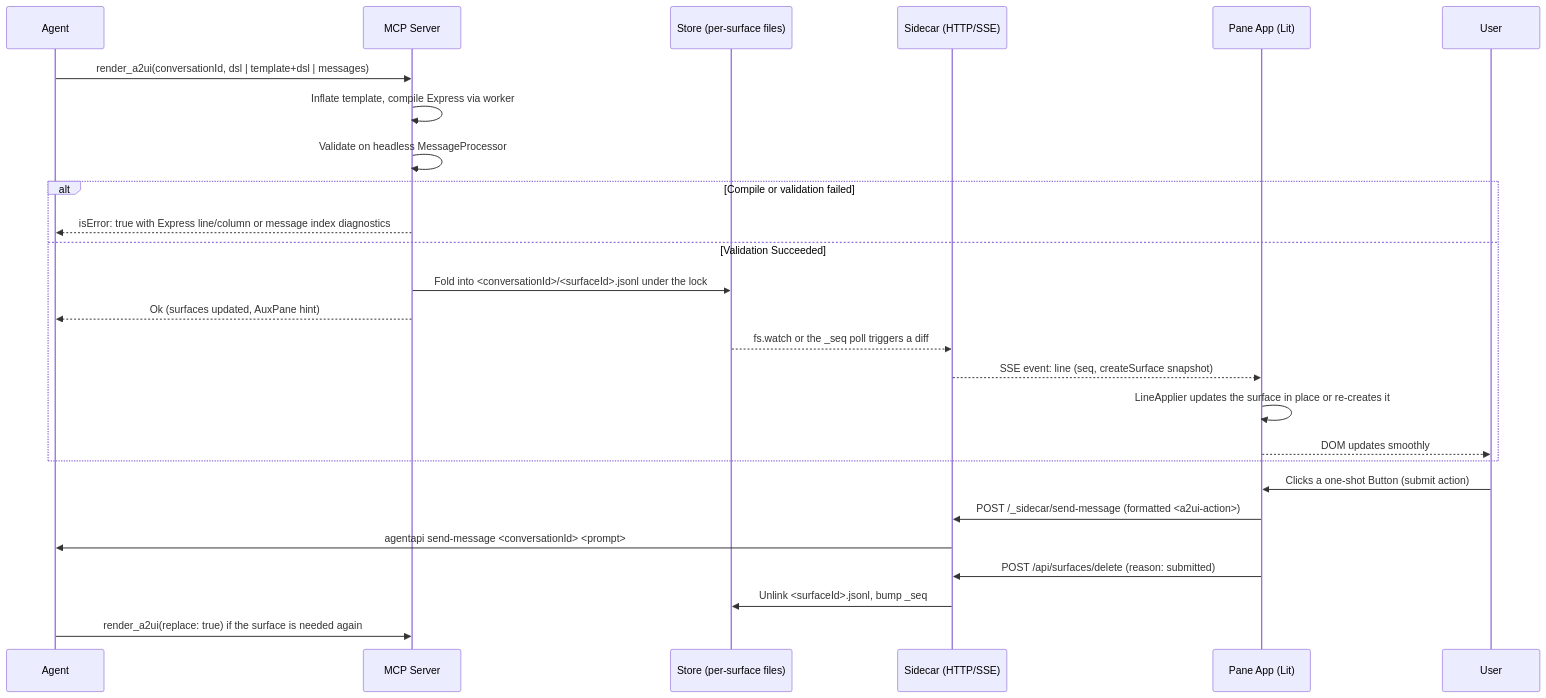
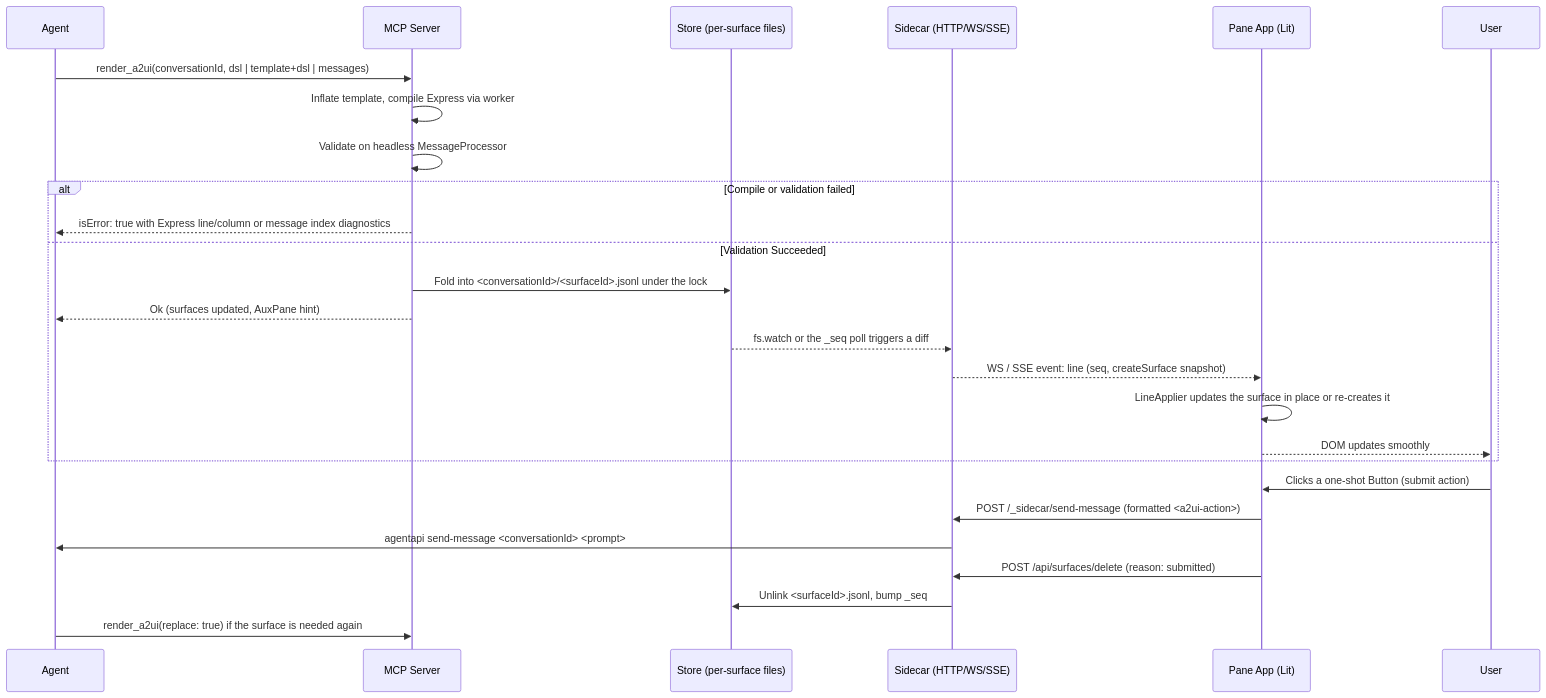
One commit to a2ui-project/labs changed the second of 2 diagrams in plugin/a2ui-pane/docs/design.md. Above: the diagram before and after it, drawn with Mermaid. The commit also changed other lines of this file, not shown here.

````diff
--- a/plugin/a2ui-pane/docs/design.md
+++ b/plugin/a2ui-pane/docs/design.md
@@ -73,30 +73,30 @@
 ```mermaid
 sequenceDiagram
     participant A as Agent
     participant M as MCP Server
     participant S as Store (per-surface files)
-    participant C as Sidecar (HTTP/SSE)
+    participant C as Sidecar (HTTP/WS/SSE)
     participant P as Pane App (Lit)
     participant U as User
 
     A->>M: render_a2ui(conversationId, dsl | template+dsl | messages)
     M->>M: Inflate template, compile Express via worker
     M->>M: Validate on headless MessageProcessor
     alt Compile or validation failed
       M-->>A: isError: true with Express line/column or message index diagnostics
     else Validation Succeeded
       M->>S: Fold into <conversationId>/<surfaceId>.jsonl under the lock
       M-->>A: Ok (surfaces updated, AuxPane hint)
       S-->>C: fs.watch or the _seq poll triggers a diff
-      C-->>P: SSE event: line (seq, createSurface snapshot)
+      C-->>P: WS / SSE event: line (seq, createSurface snapshot)
       P->>P: LineApplier updates the surface in place or re-creates it
       P-->>U: DOM updates smoothly
     end
 
     U->>P: Clicks a one-shot Button (submit action)
     P->>C: POST /_sidecar/send-message (formatted <a2ui-action>)
     C->>A: agentapi send-message <conversationId> <prompt>
     P->>C: POST /api/surfaces/delete (reason: submitted)
     C->>S: Unlink <surfaceId>.jsonl, bump _seq
     A->>M: render_a2ui(replace: true) if the surface is needed again
 ```
````
